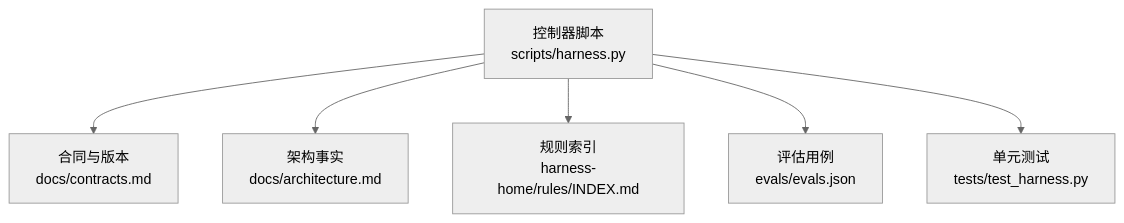
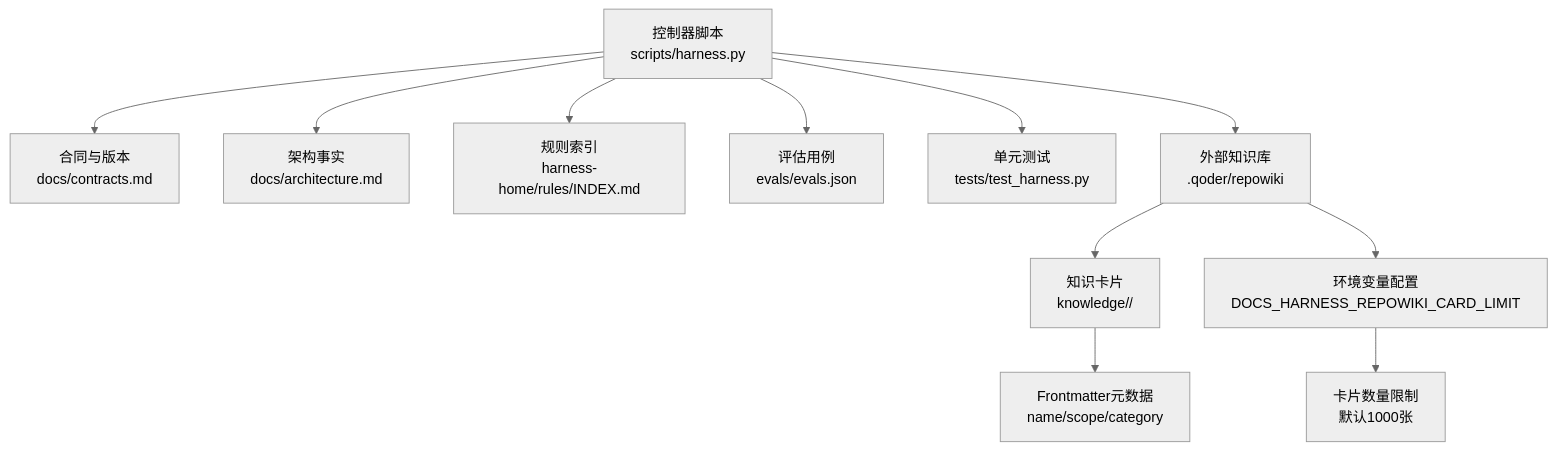
The first of 8 diagrams in .qoder/repowiki/zh/content/核心概念/知识图谱系统/知识图谱系统.md (HackSing/docs-harness), drawn with Mermaid (neutral theme) before and after one commit. The commit also changed other lines of this file and 40 other files, not shown here.

````diff
--- a/.qoder/repowiki/zh/content/核心概念/知识图谱系统/知识图谱系统.md
+++ b/.qoder/repowiki/zh/content/核心概念/知识图谱系统/知识图谱系统.md
@@ -31,8 +42,13 @@
 ```mermaid
 graph TB
 A["控制器脚本<br/>scripts/harness.py"] --> B["合同与版本<br/>docs/contracts.md"]
 A --> C["架构事实<br/>docs/architecture.md"]
 A --> D["规则索引<br/>harness-home/rules/INDEX.md"]
 A --> E["评估用例<br/>evals/evals.json"]
 A --> F["单元测试<br/>tests/test_harness.py"]
+A --> G["外部知识库<br/>.qoder/repowiki"]
+G --> H["知识卡片<br/>knowledge/<locale>/"]
+H --> I["Frontmatter元数据<br/>name/scope/category"]
+G --> J["环境变量配置<br/>DOCS_HARNESS_REPOWIKI_CARD_LIMIT"]
+J --> K["卡片数量限制<br/>默认1000张"]
 ```
````
